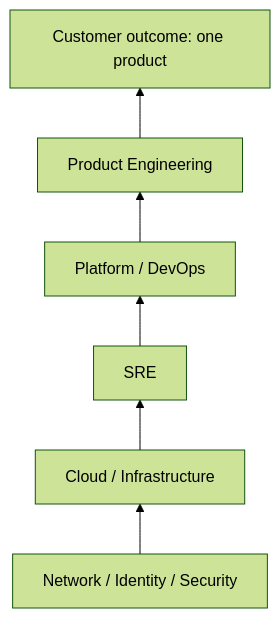
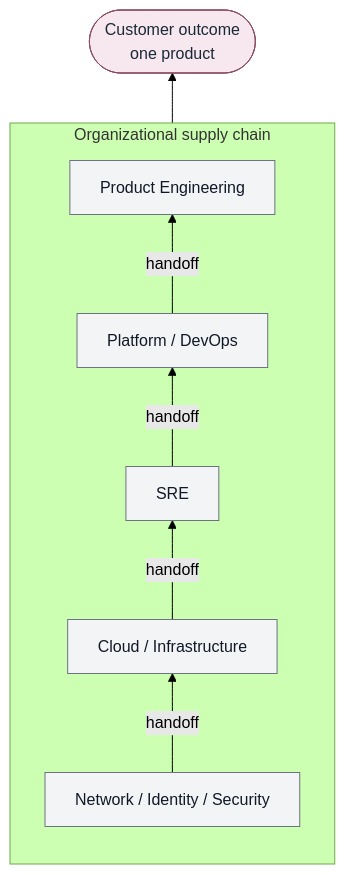
The diagram in diagrams/traditional-delivery-model.md (opsdevcode/convergence), drawn with Mermaid (forest theme) before and after one commit. The commit also changed other lines of this file and 25 other files, not shown here.

First line of the commit message:
docs: improve mermaid diagrams and page layout

````diff
--- a/diagrams/traditional-delivery-model.md
+++ b/diagrams/traditional-delivery-model.md
@@ -11,15 +7,20 @@
 ```mermaid
 flowchart BT
-  NetIdSec["Network / Identity / Security"]
-  CloudInfra["Cloud / Infrastructure"]
-  SRE["SRE"]
-  PlatDevOps["Platform / DevOps"]
-  Product["Product Engineering"]
-  Outcome["Customer outcome: one product"]
+  subgraph supply["Organizational supply chain"]
+    direction BT
+    Net["Network / Identity / Security"]:::team
+    Cloud["Cloud / Infrastructure"]:::team
+    SRE["SRE"]:::team
+    Plat["Platform / DevOps"]:::team
+    Product["Product Engineering"]:::team
+    Net -->|"handoff"| Cloud
+    Cloud -->|"handoff"| SRE
+    SRE -->|"handoff"| Plat
+    Plat -->|"handoff"| Product
+  end
+  Outcome(["Customer outcome<br/>one product"]):::out
+  Product --> Outcome
 
-  NetIdSec --> CloudInfra
-  CloudInfra --> SRE
-  SRE --> PlatDevOps
-  PlatDevOps --> Product
-  Product --> Outcome
+  classDef team fill:#F3F4F6,stroke:#6B7280,color:#111827
+  classDef out fill:#F6E8EE,stroke:#8A4B63,color:#1B2838
 ```
````
